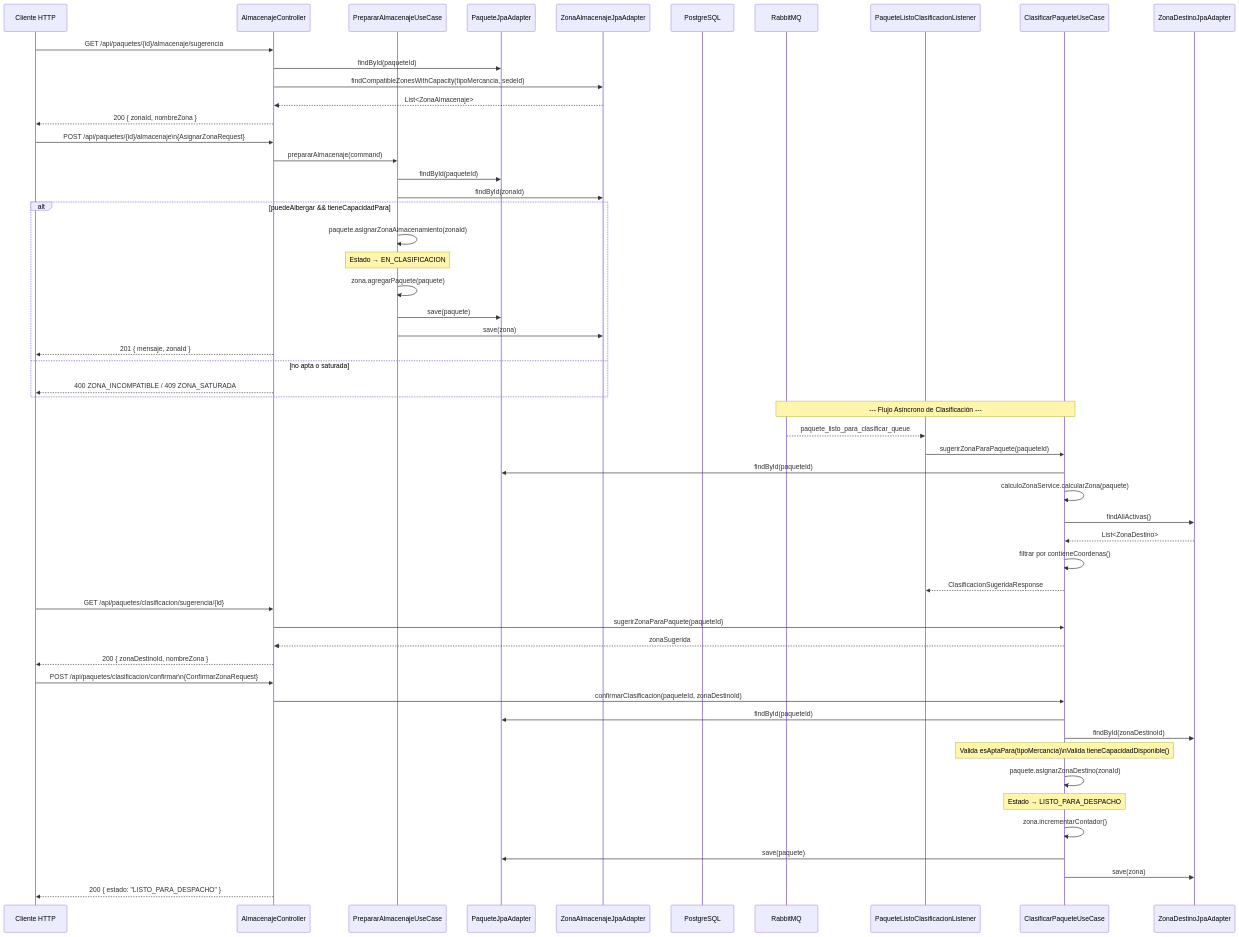
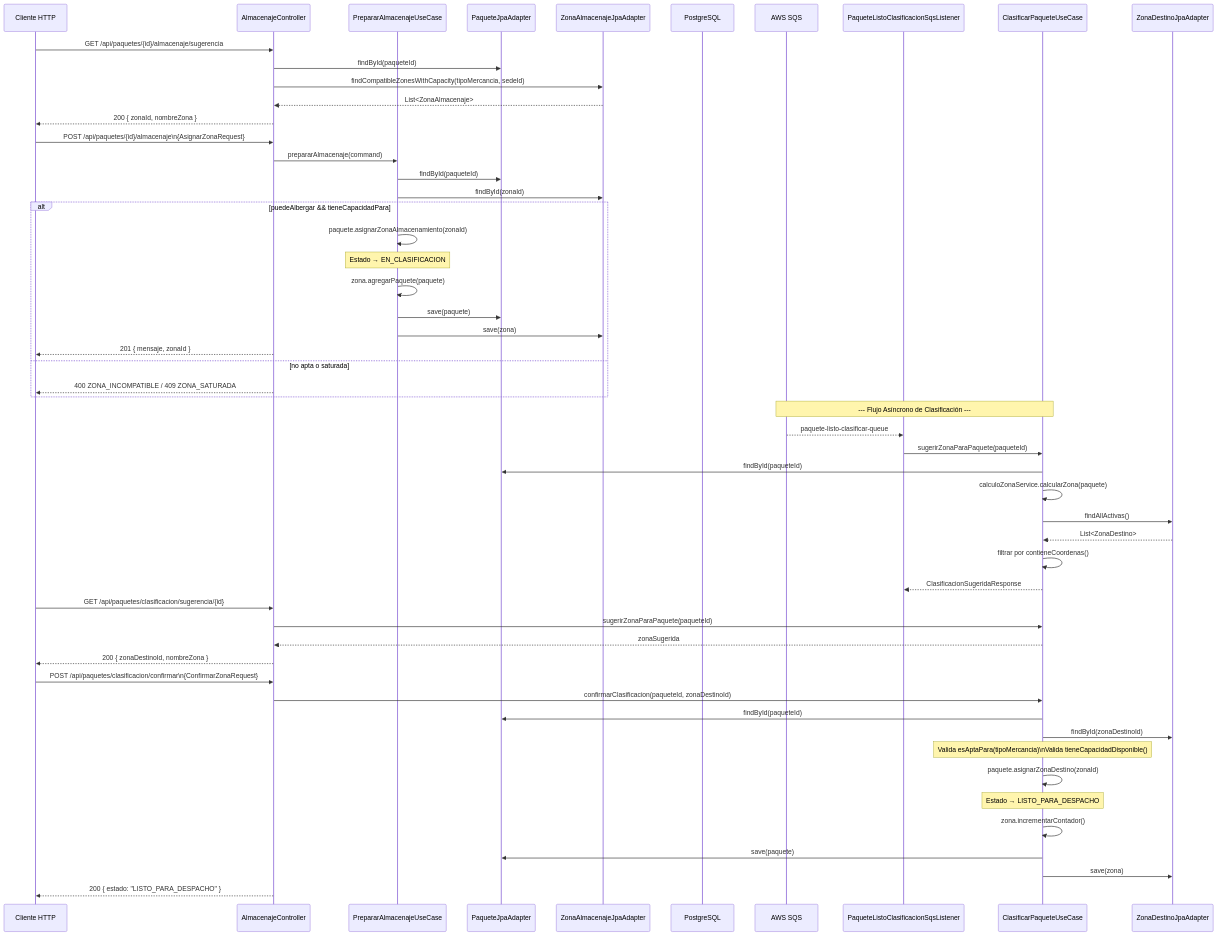
The third of 7 diagrams in Backend/Externo/Agent/Project/04-Data-Flows.md (InsoftUnimag/20261LogisticsPackages), drawn with Mermaid before and after one commit. The commit also changed other lines of this file and 3 other files, not shown here.

First line of the commit message:
Chore(docs): Sustituye referencias de RabbitMQ por AWS SQS en documentación de agente

````diff
--- a/Backend/Externo/Agent/Project/04-Data-Flows.md
+++ b/Backend/Externo/Agent/Project/04-Data-Flows.md
@@ -120,62 +121,62 @@
 ```mermaid
 sequenceDiagram
     participant C as Cliente HTTP
     participant ALM_CTRL as AlmacenajeController
     participant UC4 as PrepararAlmacenajeUseCase
     participant REPO as PaqueteJpaAdapter
     participant ZREPO as ZonaAlmacenajeJpaAdapter
     participant DB as PostgreSQL
-    participant MQ as RabbitMQ
-    participant CLAS_LSN as PaqueteListoClasificacionListener
+    participant SQS as AWS SQS
+    participant CLAS_LSN as PaqueteListoClasificacionSqsListener
     participant UC3 as ClasificarPaqueteUseCase
     participant ZDREPO as ZonaDestinoJpaAdapter
 
     C->>ALM_CTRL: GET /api/paquetes/{id}/almacenaje/sugerencia
     ALM_CTRL->>REPO: findById(paqueteId)
     ALM_CTRL->>ZREPO: findCompatibleZonesWithCapacity(tipoMercancia, sedeId)
     ZREPO-->>ALM_CTRL: List<ZonaAlmacenaje>
     ALM_CTRL-->>C: 200 { zonaId, nombreZona }
 
     C->>ALM_CTRL: POST /api/paquetes/{id}/almacenaje\n{AsignarZonaRequest}
     ALM_CTRL->>UC4: prepararAlmacenaje(command)
     UC4->>REPO: findById(paqueteId)
     UC4->>ZREPO: findById(zonaId)
     
     alt puedeAlbergar && tieneCapacidadPara
         UC4->>UC4: paquete.asignarZonaAlmacenamiento(zonaId)
         Note over UC4: Estado → EN_CLASIFICACION
         UC4->>UC4: zona.agregarPaquete(paquete)
         UC4->>REPO: save(paquete)
         UC4->>ZREPO: save(zona)
         ALM_CTRL-->>C: 201 { mensaje, zonaId }
     else no apta o saturada
         ALM_CTRL-->>C: 400 ZONA_INCOMPATIBLE / 409 ZONA_SATURADA
     end
 
-    Note over MQ,UC3: --- Flujo Asíncrono de Clasificación ---
-    MQ-->>CLAS_LSN: paquete_listo_para_clasificar_queue
+    Note over SQS,UC3: --- Flujo Asíncrono de Clasificación ---
+    SQS-->>CLAS_LSN: paquete-listo-clasificar-queue
     CLAS_LSN->>UC3: sugerirZonaParaPaquete(paqueteId)
     UC3->>REPO: findById(paqueteId)
     UC3->>UC3: calculoZonaService.calcularZona(paquete)
     UC3->>ZDREPO: findAllActivas()
     ZDREPO-->>UC3: List<ZonaDestino>
     UC3->>UC3: filtrar por contieneCoordenas()
     UC3-->>CLAS_LSN: ClasificacionSugeridaResponse
     
     C->>ALM_CTRL: GET /api/paquetes/clasificacion/sugerencia/{id}
     ALM_CTRL->>UC3: sugerirZonaParaPaquete(paqueteId)
     UC3-->>ALM_CTRL: zonaSugerida
     ALM_CTRL-->>C: 200 { zonaDestinoId, nombreZona }
 
     C->>ALM_CTRL: POST /api/paquetes/clasificacion/confirmar\n{ConfirmarZonaRequest}
     ALM_CTRL->>UC3: confirmarClasificacion(paqueteId, zonaDestinoId)
     UC3->>REPO: findById(paqueteId)
     UC3->>ZDREPO: findById(zonaDestinoId)
     Note over UC3: Valida esAptaPara(tipoMercancia)\nValida tieneCapacidadDisponible()
     UC3->>UC3: paquete.asignarZonaDestino(zonaId)
     Note over UC3: Estado → LISTO_PARA_DESPACHO
     UC3->>UC3: zona.incrementarContador()
     UC3->>REPO: save(paquete)
     UC3->>ZDREPO: save(zona)
     ALM_CTRL-->>C: 200 { estado: "LISTO_PARA_DESPACHO" }
 ```
````
